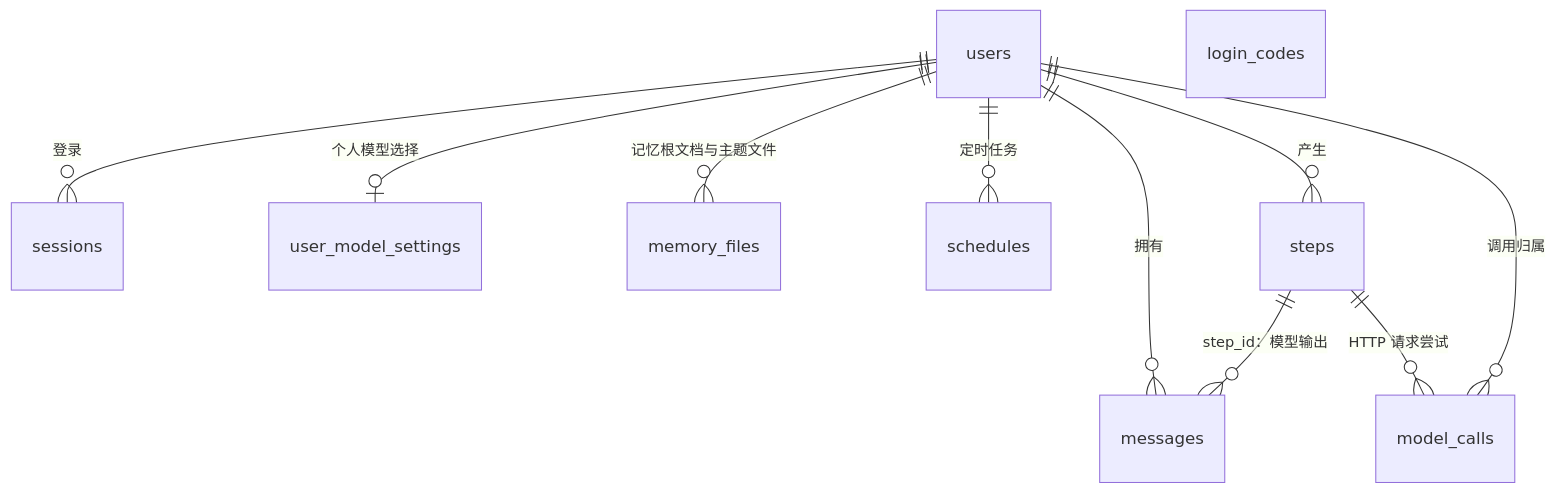
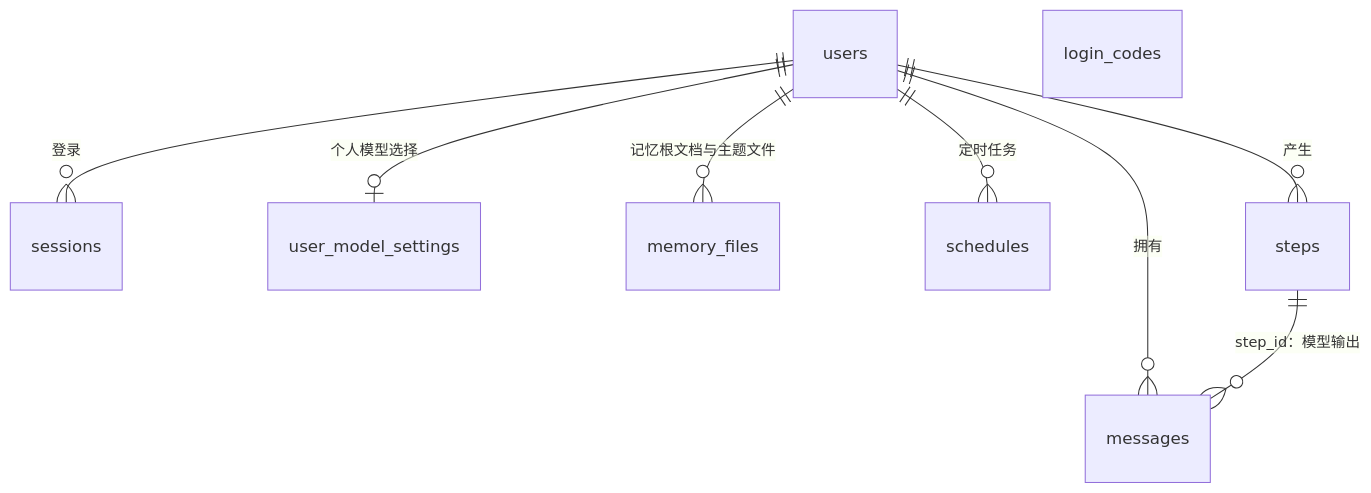
Before and after one commit to OmniNetOpensource/aether-personal: the diagram in docs/wiki/02-data-model.md, drawn with Mermaid. The commit also changed other lines of this file and 27 other files, not shown here.

Commit message:
refactor: drop model_calls table and payload logging

````diff
--- a/docs/wiki/02-data-model.md
+++ b/docs/wiki/02-data-model.md
@@ -17,13 +17,11 @@
 ```mermaid
 erDiagram
     users ||--o{ sessions : "登录"
     users ||--o| user_model_settings : "个人模型选择"
     users ||--o{ messages : "拥有"
     users ||--o{ memory_files : "记忆根文档与主题文件"
     users ||--o{ schedules : "定时任务"
     users ||--o{ steps : "产生"
-    steps ||--o{ model_calls : "HTTP 请求尝试"
-    users ||--o{ model_calls : "调用归属"
     steps ||--o{ messages : "step_id：模型输出"
     login_codes
 ```
````
